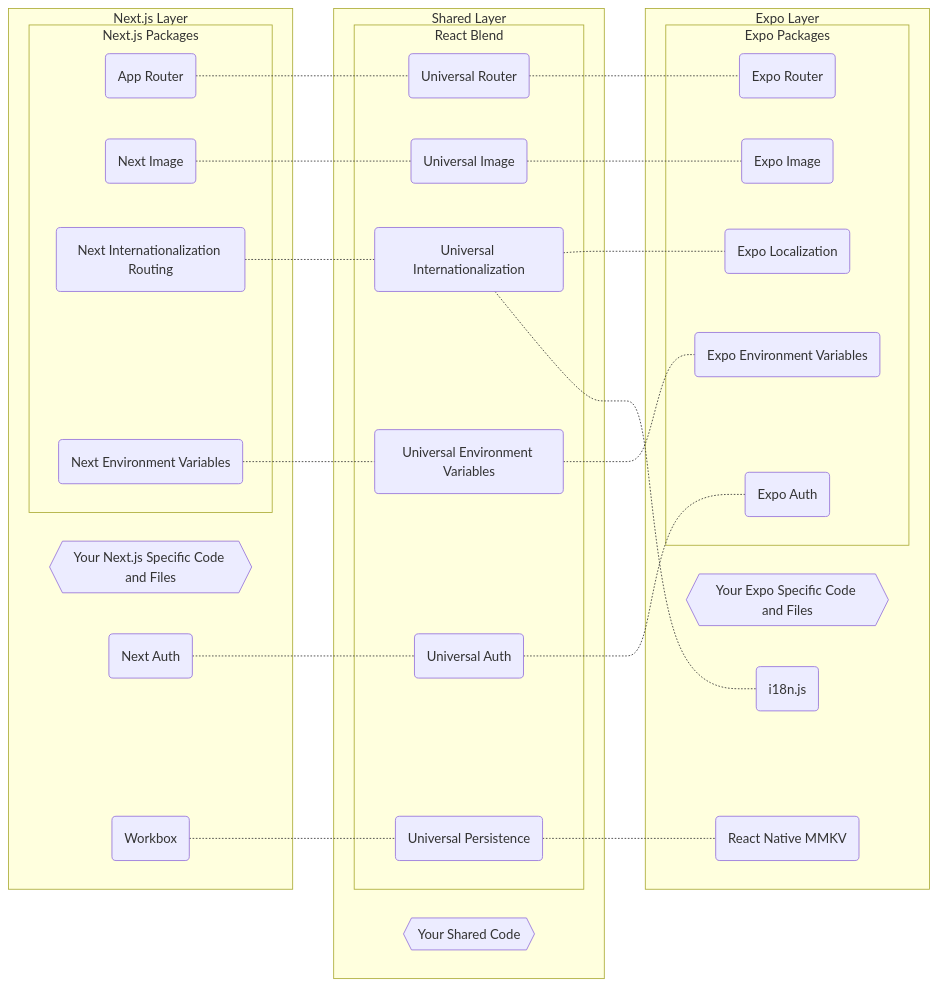
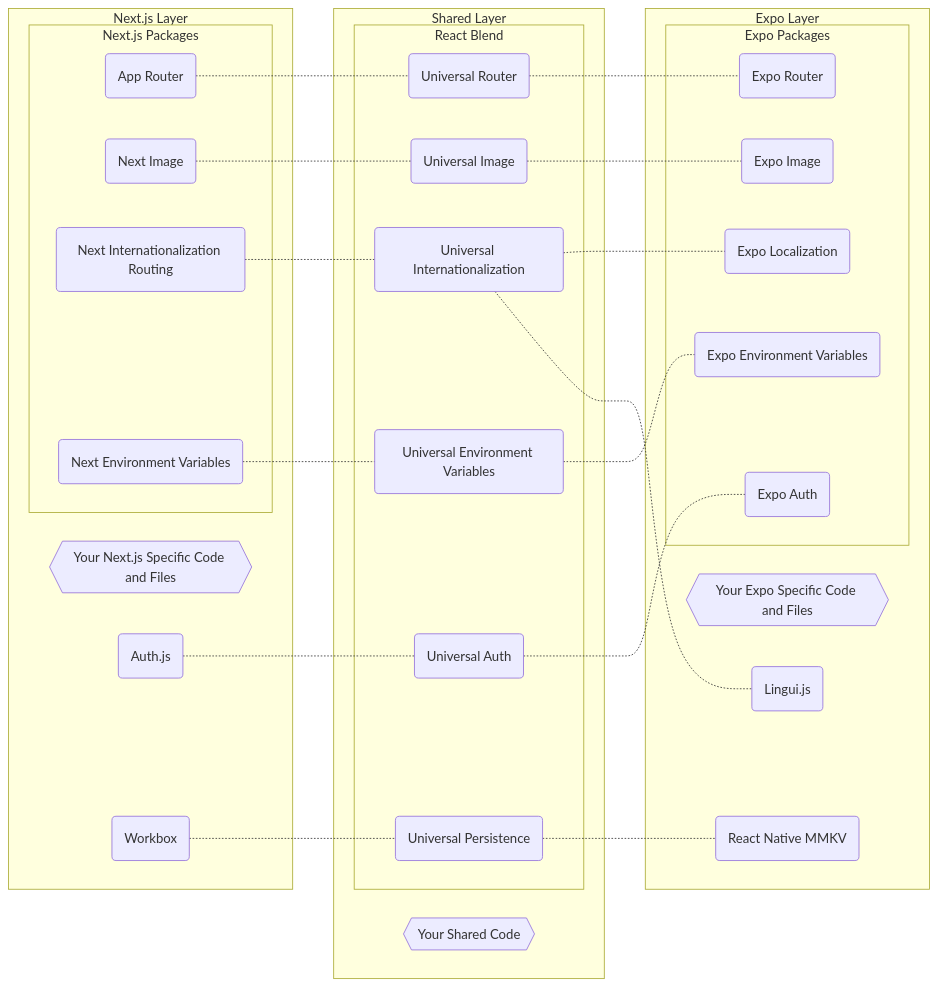
Before and after one commit to gloredo/react-blend: the diagram in README.md, drawn with Mermaid. The commit also changed other lines of this file and 3 other files, not shown here.

````diff
--- a/README.md
+++ b/README.md
@@ -56,73 +63,73 @@
 ```mermaid
 graph LR
 
 next-specific{{Your Next.js Specific Code and Files}}
 app-router(App Router)
 next-image(Next Image)
-next-auth(Next Auth)
+auth-js(Auth.js)
 next-i18n(Next Internationalization Routing)
 next-env-vars(Next Environment Variables)
 workbox(Workbox)
 
 expo-specific{{Your Expo Specific Code and Files}}
 expo-router(Expo Router)
 expo-image(Expo Image)
 expo-auth(Expo Auth)
 expo-localization(Expo Localization)
-i18n-js(i18n.js)
+lingui-js(Lingui.js)
 expo-env-vars(Expo Environment Variables)
 rn-mmkv(React Native MMKV)
 
 shared-code{{Your Shared Code}}
 rul-router(Universal Router)
 rul-image(Universal Image)
 rul-auth(Universal Auth)
 rul-internationalization(Universal Internationalization)
 rul-env-vars(Universal Environment Variables)
 rul-persistence(Universal Persistence)
 
 subgraph Next.js Layer
     next-specific
     subgraph Next.js Packages
         app-router
         next-image
         next-i18n
         next-env-vars
     end
-    next-auth
+    auth-js
     workbox
 end
 
 subgraph Expo Layer
     expo-specific
     subgraph Expo Packages
         expo-router
         expo-image
         expo-env-vars
         expo-localization
         expo-auth
     end
-    i18n-js
+    lingui-js
     rn-mmkv
 end
 
 subgraph Shared Layer
     shared-code
     subgraph React Blend
         rul-router
         rul-image
         rul-env-vars
         rul-internationalization
         rul-persistence
         rul-auth
     end
 end
 
 app-router -.- rul-router -.- expo-router
 next-image -.- rul-image -.- expo-image
-next-auth -.- rul-auth -.- expo-auth
+auth-js -.- rul-auth -.- expo-auth
 next-i18n -.- rul-internationalization -.- expo-localization
-rul-internationalization -.- i18n-js
+rul-internationalization -.- lingui-js
 next-env-vars -.- rul-env-vars -.- expo-env-vars
 workbox -.- rul-persistence -.- rn-mmkv
 ```
````
